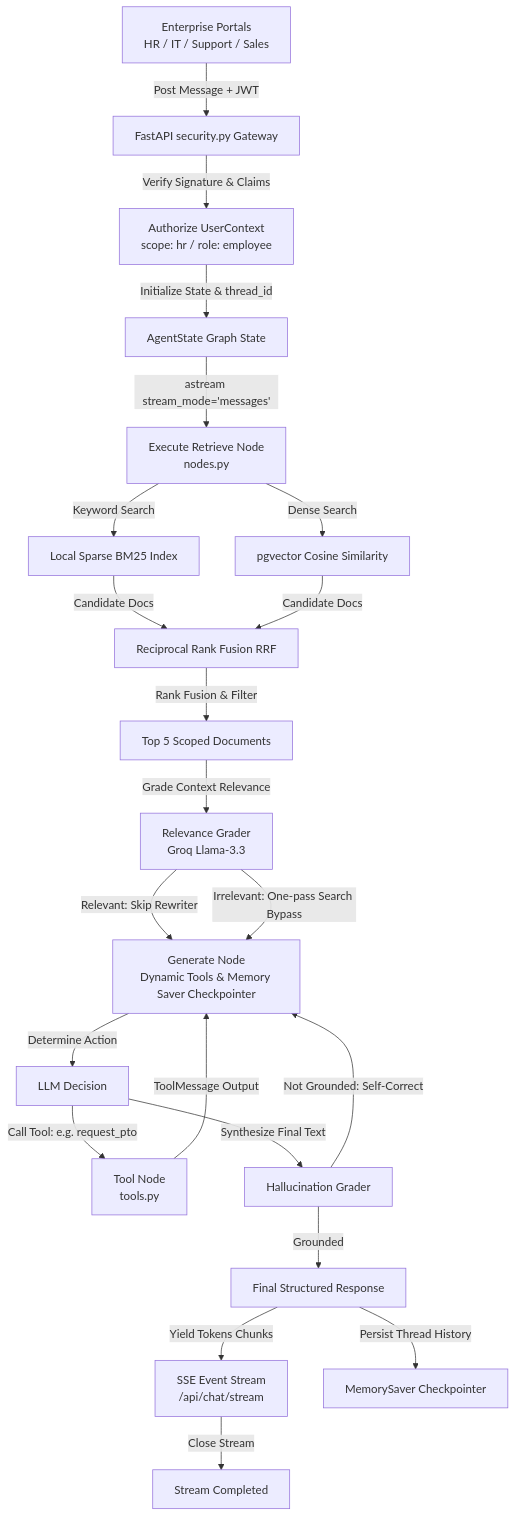
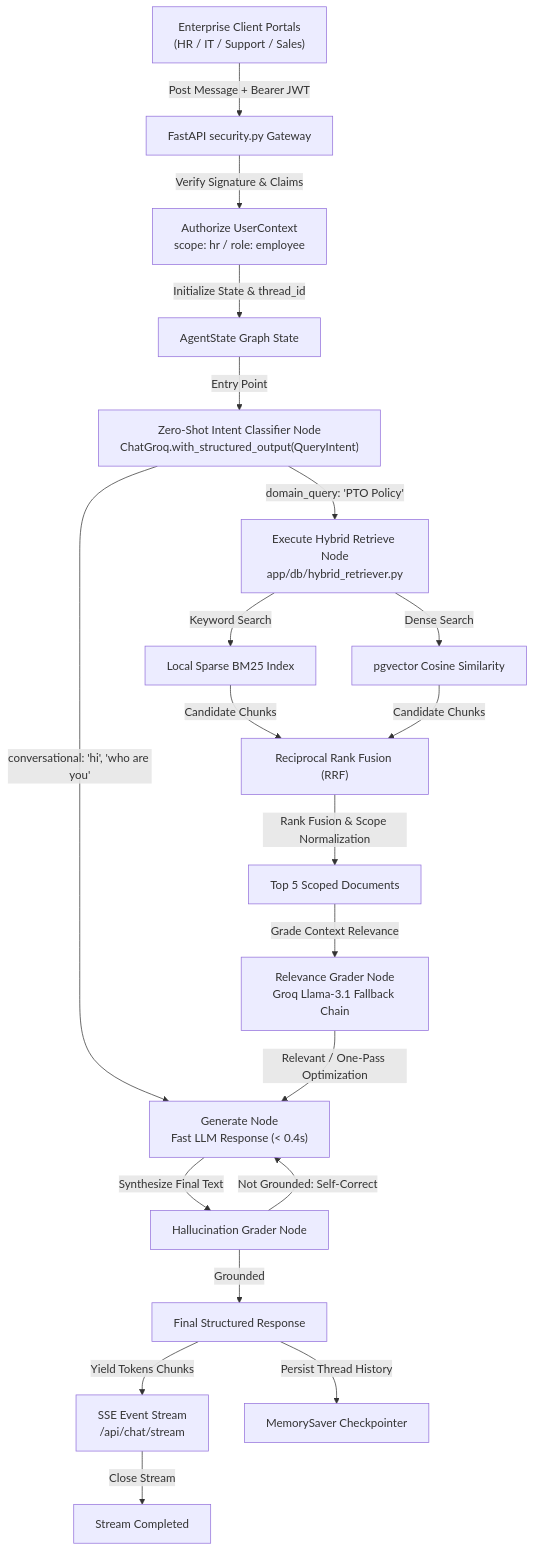
The diagram in README.md (onkar-2006/multi-tenent-Enterprize-rag-system), drawn with Mermaid before and after one commit. The commit also changed other lines of this file and 5 other files, not shown here.

````diff
--- a/README.md
+++ b/README.md
@@ -11,42 +11,38 @@
 ```mermaid
 graph TD
     %% Portals and Security Gateway
-    Portal["Enterprise Portals<br/>HR / IT / Support / Sales"] -->|"Post Message + JWT"| API["FastAPI security.py Gateway"]
+    Portal["Enterprise Client Portals<br/>(HR / IT / Support / Sales)"] -->|"Post Message + Bearer JWT"| API["FastAPI security.py Gateway"]
     API -->|"Verify Signature & Claims"| Context["Authorize UserContext<br/>scope: hr / role: employee"]
     
-    %% Graph State Initialization
+    %% Graph State & Intent Classifier Node
     Context -->|"Initialize State & thread_id"| State["AgentState Graph State"]
+    State -->|"Entry Point"| IntentClassifier["Zero-Shot Intent Classifier Node<br/>ChatGroq.with_structured_output(QueryIntent)"]
     
-    %% LangGraph Routing Engine
-    State -->|"astream stream_mode='messages'"| RetrieveNode["Execute Retrieve Node<br/>nodes.py"]
+    %% Intent Routing Branching
+    IntentClassifier -->|"conversational: 'hi', 'who are you'"| Generator["Generate Node<br/>Fast LLM Response (< 0.4s)"]
+    IntentClassifier -->|"domain_query: 'PTO Policy'"| RetrieveNode["Execute Hybrid Retrieve Node<br/>app/db/hybrid_retriever.py"]
     
     %% Scoped Hybrid Retrieval
     RetrieveNode -->|"Keyword Search"| BM25["Local Sparse BM25 Index"]
     RetrieveNode -->|"Dense Search"| PgVector["pgvector Cosine Similarity"]
     
-    BM25 -->|"Candidate Docs"| RRF["Reciprocal Rank Fusion RRF"]
-    PgVector -->|"Candidate Docs"| RRF
-    RRF -->|"Rank Fusion & Filter"| RetDocs["Top 5 Scoped Documents"]
+    BM25 -->|"Candidate Chunks"| RRF["Reciprocal Rank Fusion (RRF)"]
+    PgVector -->|"Candidate Chunks"| RRF
+    RRF -->|"Rank Fusion & Scope Normalization"| RetDocs["Top 5 Scoped Documents"]
     
-    %% Grading & Generation
-    RetDocs -->|"Grade Context Relevance"| Grader["Relevance Grader<br/>Groq Llama-3.3"]
-    Grader -->|"Relevant: Skip Rewriter"| Generator["Generate Node<br/>Dynamic Tools & Memory Saver Checkpointer"]
-    Grader -->|"Irrelevant: One-pass Search Bypass"| Generator
-    
-    %% Dynamic Tool Execution
-    Generator -->|"Determine Action"| Actions["LLM Decision"]
-    Actions -->|"Call Tool: e.g. request_pto"| ToolNode["Tool Node<br/>tools.py"]
-    ToolNode -->|"ToolMessage Output"| Generator
+    %% Self-Correction & Grading
+    RetDocs -->|"Grade Context Relevance"| Grader["Relevance Grader Node<br/>Groq Llama-3.1 Fallback Chain"]
+    Grader -->|"Relevant / One-Pass Optimization"| Generator
     
     %% Hallucination & Self-Correction
-    Actions -->|"Synthesize Final Text"| HGrader["Hallucination Grader"]
+    Generator -->|"Synthesize Final Text"| HGrader["Hallucination Grader Node"]
     HGrader -->|"Grounded"| FinalResponse["Final Structured Response"]
     HGrader -->|"Not Grounded: Self-Correct"| Generator
     
     %% SSE Streaming Output
     FinalResponse -->|"Yield Tokens Chunks"| Stream["SSE Event Stream<br/>/api/chat/stream"]
     Stream -->|"Close Stream"| Client["Stream Completed"]
     
     %% Checkpointer Memory Loop
     FinalResponse -->|"Persist Thread History"| Memory["MemorySaver Checkpointer"]
 ```
````
